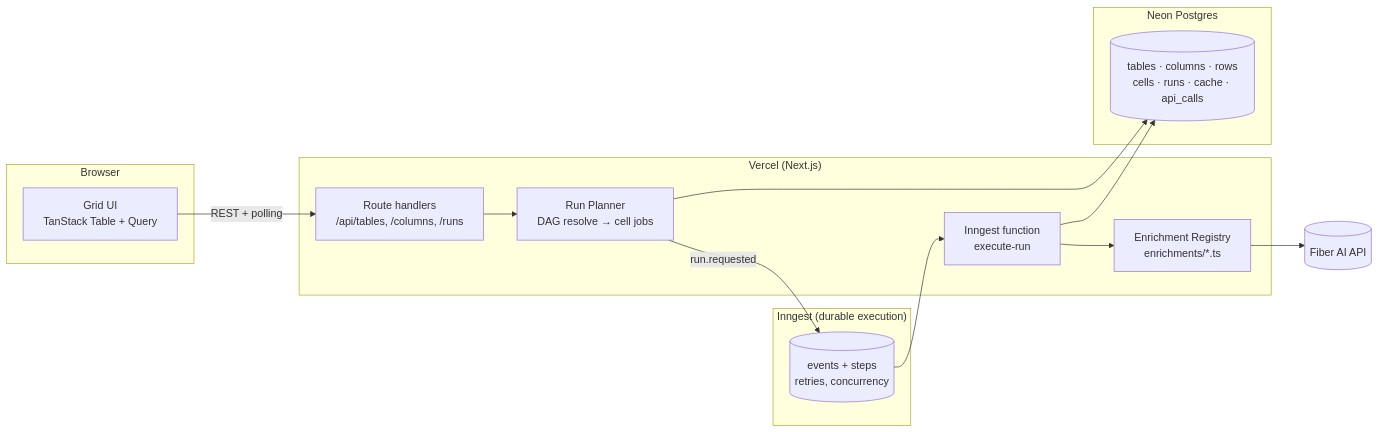
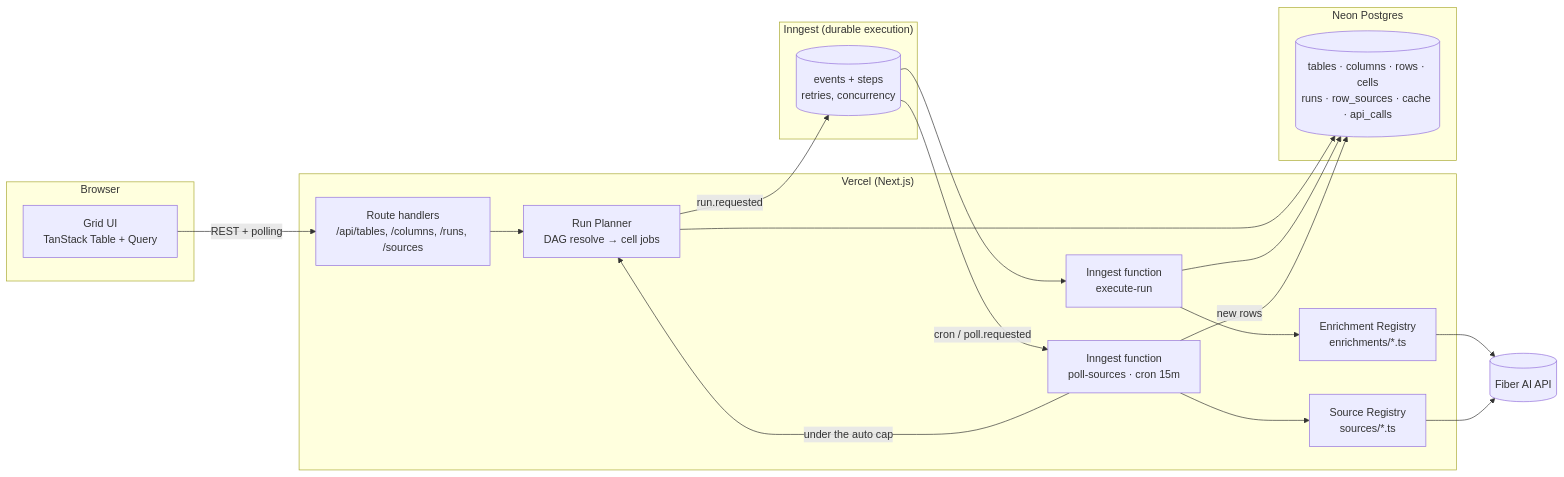
One commit to ojas-2003/OpenCeramic changed the diagram in README.md. Above: the diagram before and after it, drawn with Mermaid. The commit also changed other lines of this file and 59 other files, not shown here.

````diff
--- a/README.md
+++ b/README.md
@@ -100,30 +197,37 @@
 ```mermaid
 flowchart LR
   subgraph Browser
     Grid[Grid UI<br/>TanStack Table + Query]
   end
 
   subgraph Vercel["Vercel (Next.js)"]
-    API[Route handlers<br/>/api/tables, /columns, /runs]
+    API[Route handlers<br/>/api/tables, /columns, /runs, /sources]
     Planner[Run Planner<br/>DAG resolve → cell jobs]
     Registry[Enrichment Registry<br/>enrichments/*.ts]
+    Sources[Source Registry<br/>sources/*.ts]
     InngestFn[Inngest function<br/>execute-run]
+    PollFn[Inngest function<br/>poll-sources · cron 15m]
   end
 
   subgraph Inngest["Inngest (durable execution)"]
     Queue[(events + steps<br/>retries, concurrency)]
   end
 
   subgraph Data["Neon Postgres"]
-    DB[(tables · columns · rows<br/>cells · runs · cache · api_calls)]
+    DB[(tables · columns · rows · cells<br/>runs · row_sources · cache · api_calls)]
   end
 
   Fiber[(Fiber AI API)]
 
   Grid -- REST + polling --> API
   API --> Planner --> DB
   Planner -- run.requested --> Queue
   Queue --> InngestFn
   InngestFn --> Registry --> Fiber
   InngestFn --> DB
+
+  Queue -- cron / poll.requested --> PollFn
+  PollFn --> Sources --> Fiber
+  PollFn -- new rows --> DB
+  PollFn -- under the auto cap --> Planner
 ```
````
